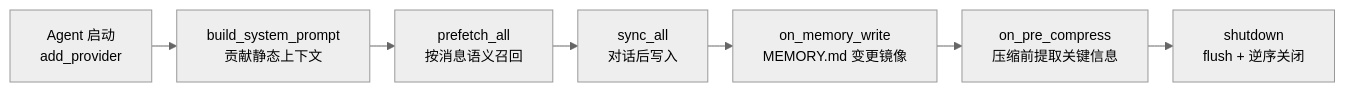
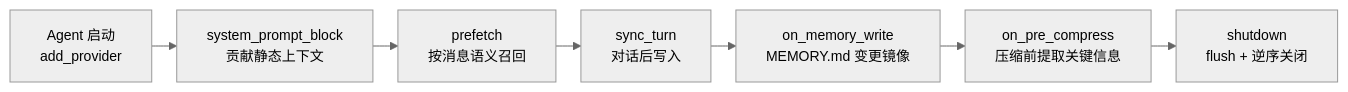
Before and after one commit to fang-lin/hermes-agent-code-analysis: the second of 2 diagrams in docs/zh/07-插件框架.md, drawn with Mermaid. The commit also changed other lines of this file and 3 other files, not shown here.

````diff
--- a/docs/zh/07-插件框架.md
+++ b/docs/zh/07-插件框架.md
@@ -200,10 +200,10 @@
 ```mermaid
 %%{init: {"theme": "neutral", "themeVariables": {"fontSize": "14px"}, "flowchart": {"nodeSpacing": 15, "rankSpacing": 25}}}%%
 flowchart LR
-    START["Agent 启动<br/>add_provider"] --> BUILD["build_system_prompt<br/>贡献静态上下文"]
-    BUILD --> PREFETCH["prefetch_all<br/>按消息语义召回"]
-    PREFETCH --> SYNC["sync_all<br/>对话后写入"]
+    START["Agent 启动<br/>add_provider"] --> BUILD["system_prompt_block<br/>贡献静态上下文"]
+    BUILD --> PREFETCH["prefetch<br/>按消息语义召回"]
+    PREFETCH --> SYNC["sync_turn<br/>对话后写入"]
     SYNC --> WRITE["on_memory_write<br/>MEMORY.md 变更镜像"]
     WRITE --> COMPRESS["on_pre_compress<br/>压缩前提取关键信息"]
     COMPRESS --> SHUTDOWN["shutdown<br/>flush + 逆序关闭"]
 ```
````
